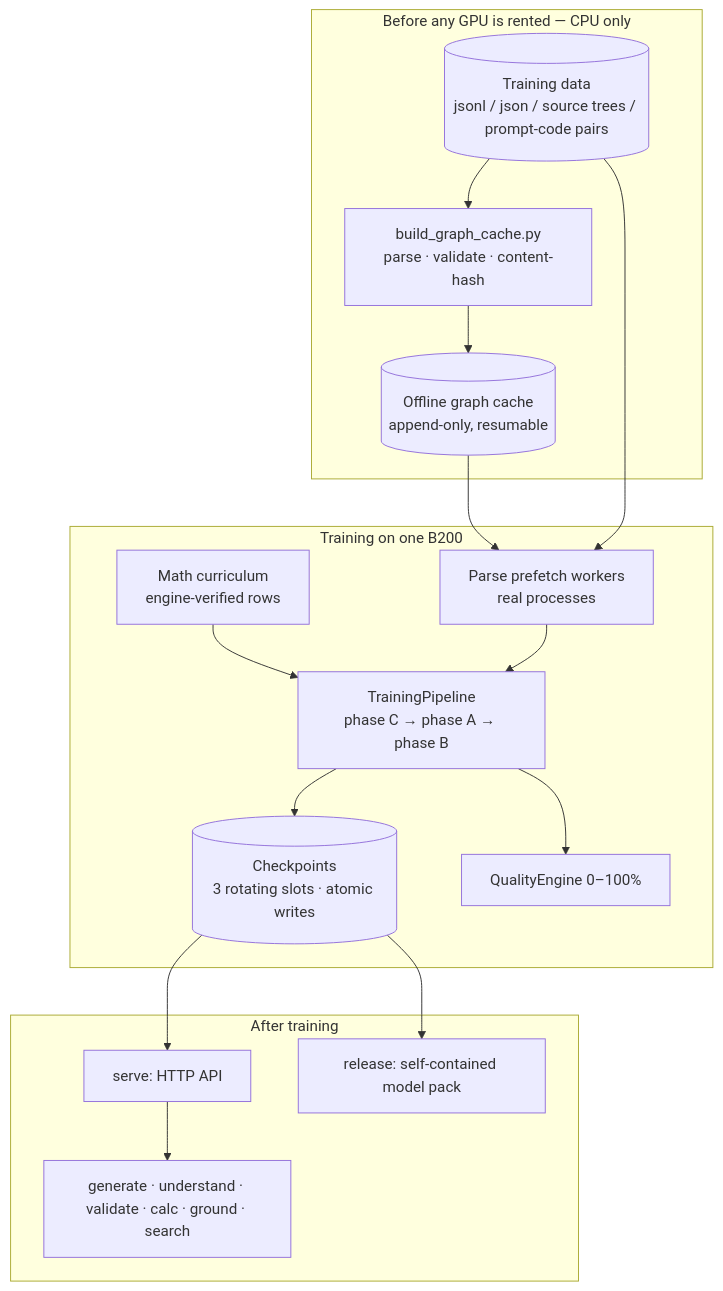
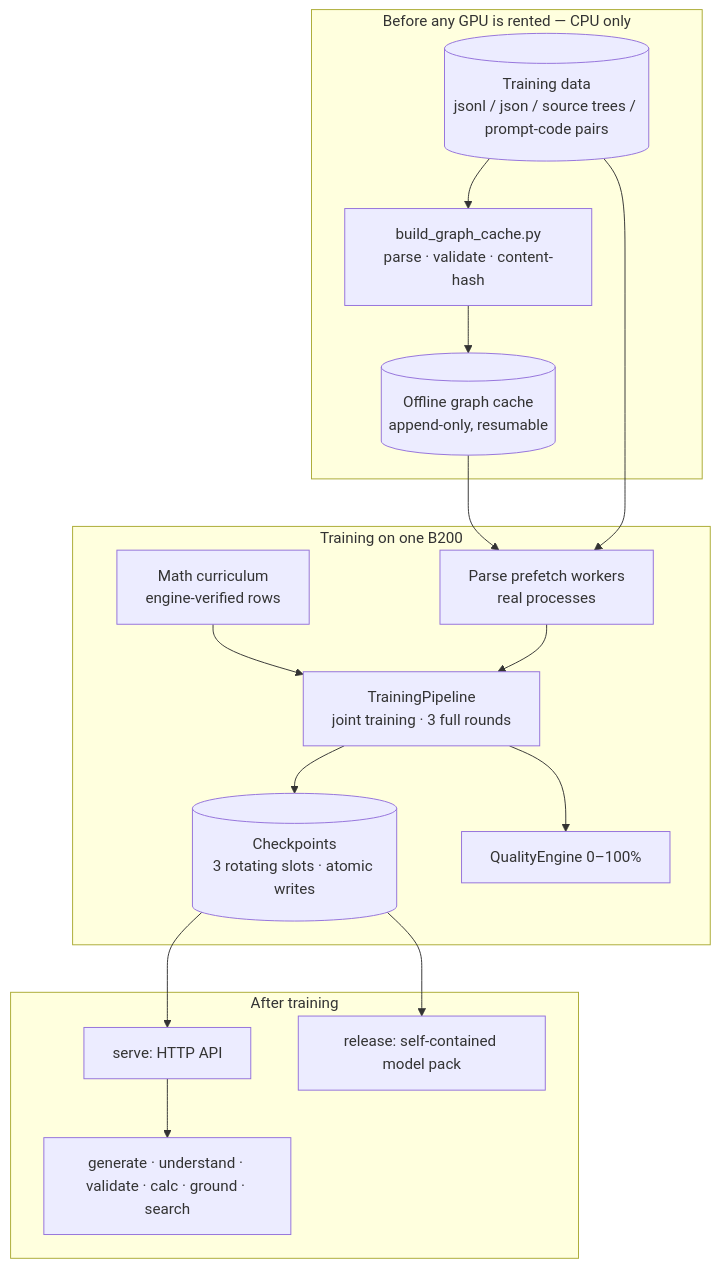
The first of 6 diagrams in README.md (FWKTechnologies/CodeMind-Code-Intelligence), drawn with Mermaid before and after one commit. The commit also changed other lines of this file, not shown here.

````diff
--- a/README.md
+++ b/README.md
@@ -92,20 +92,20 @@
 ```mermaid
 flowchart TB
     subgraph PREP[Before any GPU is rented — CPU only]
       D[(Training data<br/>jsonl / json / source trees / prompt-code pairs)] --> BGC[build_graph_cache.py<br/>parse · validate · content-hash]
       BGC --> GC[(Offline graph cache<br/>append-only, resumable)]
     end
     subgraph TRAIN[Training on one B200]
       GC --> PF[Parse prefetch workers<br/>real processes]
       D --> PF
       MC[Math curriculum<br/>engine-verified rows] --> PIPE
-      PF --> PIPE[TrainingPipeline<br/>phase C → phase A → phase B]
+      PF --> PIPE[TrainingPipeline<br/>joint training · 3 full rounds]
       PIPE --> CK[(Checkpoints<br/>3 rotating slots · atomic writes)]
       PIPE --> Q[QualityEngine 0–100%]
     end
     subgraph SERVE[After training]
       CK --> API[serve: HTTP API]
       CK --> REL[release: self-contained model pack]
       API --> GEN[generate · understand · validate · calc · ground · search]
     end
 ```
````
